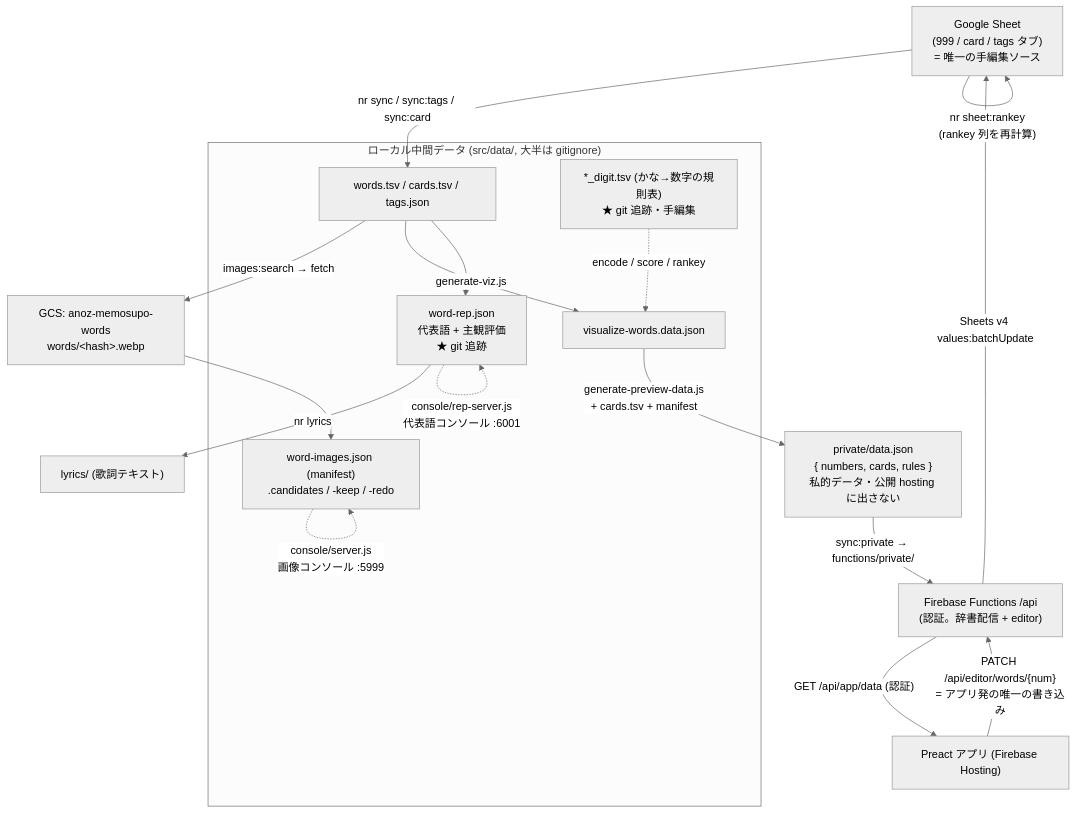
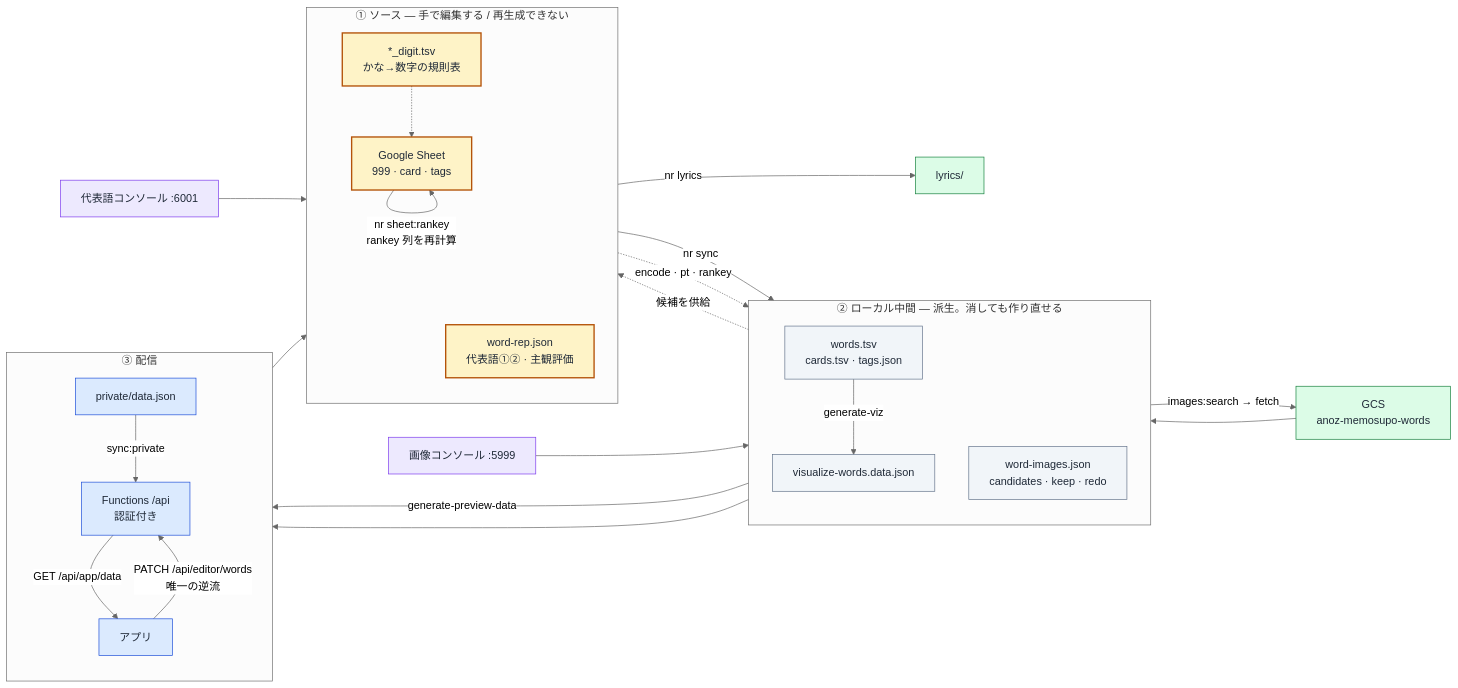
One commit to elzup/999 changed the diagram in docs/data-flow.md. Above: the diagram before and after it, drawn with Mermaid (neutral theme). The commit also changed other lines of this file, not shown here.

Commit message:
docs: データフロー図を3グループ構成に整理
縦(TD)から横(LR)にして ソース→中間→配信 の一方向を左から右に読めるようにし、
色分けを追加した。代表語コンソール・画像コンソールを図に載せ、word-rep.json を
誰が書くのかが図から読めるようにした。実線=物が流れる / 点線=値を供給するが
物としては流れない、で線種を使い分けている (規則表は words.tsv を書き換えず
解釈の仕方だけを決める)。

````diff
--- a/docs/data-flow.md
+++ b/docs/data-flow.md
@@ -14,34 +14,56 @@
 ```mermaid
-flowchart TD
-  Sheet["Google Sheet<br/>(999 / card / tags タブ)<br/>= 唯一の手編集ソース"]
-
-  subgraph local["ローカル中間データ (src/data/, 大半は gitignore)"]
-    tsv["words.tsv / cards.tsv / tags.json"]
-    rules["*_digit.tsv (かな→数字の規則表)<br/>★ git 追跡・手編集"]
-    rep["word-rep.json<br/>代表語 + 主観評価<br/>★ git 追跡"]
-    imgstate["word-images.json (manifest)<br/>.candidates / -keep / -redo"]
-    vizjson["visualize-words.data.json"]
+flowchart LR
+  subgraph SRC["① ソース — 手で編集する / 再生成できない"]
+    direction TB
+    Sheet["Google Sheet<br/>999 · card · tags"]
+    Rules["*_digit.tsv<br/>かな→数字の規則表"]
+    Rep["word-rep.json<br/>代表語①② · 主観評価"]
   end
 
-  GCS["GCS: anoz-memosupo-words<br/>words/&lt;hash&gt;.webp"]
-  priv["private/data.json<br/>{ numbers, cards, rules }<br/>私的データ・公開 hosting に出さない"]
-  App["Preact アプリ (Firebase Hosting)"]
-  API["Firebase Functions /api<br/>(認証。辞書配信 + editor)"]
-  Lyr["lyrics/ (歌詞テキスト)"]
+  subgraph MID["② ローカル中間 — 派生。消しても作り直せる"]
+    direction TB
+    Tsv["words.tsv<br/>cards.tsv · tags.json"]
+    Viz["visualize-words.data.json"]
+    Img["word-images.json<br/>candidates · keep · redo"]
+  end
 
-  Sheet -- "nr sync / sync:tags / sync:card" --> tsv
-  tsv -- "images:search → fetch" --> GCS
-  GCS --> imgstate
-  rules -. "encode / score / rankey" .-> vizjson
-  tsv -- "generate-viz.js" --> vizjson
-  vizjson -- "generate-preview-data.js<br/>+ cards.tsv + manifest" --> priv
-  priv -- "sync:private → functions/private/" --> API
-  API -- "GET /api/app/data (認証)" --> App
-  App -- "PATCH /api/editor/words/{num}<br/>= アプリ発の唯一の書き込み" --> API
-  API -- "Sheets v4 values:batchUpdate" --> Sheet
-  Sheet -- "nr sheet:rankey<br/>(rankey 列を再計算)" --> Sheet
-  tsv --> rep
-  rep -- "nr lyrics" --> Lyr
-  rep -. "console/rep-server.js<br/>代表語コンソール :6001" .-> rep
-  imgstate -. "console/server.js<br/>画像コンソール :5999" .-> imgstate
+  subgraph OUT["③ 配信"]
+    direction TB
+    Priv["private/data.json"]
+    Fn["Functions /api<br/>認証付き"]
+    App["アプリ"]
+  end
+
+  GCS["GCS<br/>anoz-memosupo-words"]
+  Lyr["lyrics/"]
+
+  Sheet -->|"nr sync"| Tsv
+  Tsv -->|"generate-viz"| Viz
+  Rules -.->|"encode · pt · rankey"| Viz
+  Rules -.-> Sheet
+  Viz -->|"generate-preview-data"| Priv
+  Img --> Priv
+  Priv -->|"sync:private"| Fn
+  Fn -->|"GET /api/app/data"| App
+  App -->|"PATCH /api/editor/words<br/>唯一の逆流"| Fn
+  Fn --> Sheet
+  Sheet -->|"nr sheet:rankey<br/>rankey 列を再計算"| Sheet
+  Tsv -->|"images:search → fetch"| GCS
+  GCS --> Img
+  Tsv -.->|"候補を供給"| Rep
+  Rep -->|"nr lyrics"| Lyr
+
+  RepUI["代表語コンソール :6001"] --> Rep
+  ImgUI["画像コンソール :5999"] --> Img
+
+  classDef src fill:#fef3c7,stroke:#b45309,stroke-width:2px,color:#1f2937
+  classDef mid fill:#f1f5f9,stroke:#64748b,color:#1f2937
+  classDef out fill:#dbeafe,stroke:#1d4ed8,color:#1f2937
+  classDef ui fill:#ede9fe,stroke:#7c3aed,color:#1f2937
+  classDef ext fill:#dcfce7,stroke:#15803d,color:#1f2937
+  class Sheet,Rules,Rep src
+  class Tsv,Viz,Img mid
+  class Priv,Fn,App out
+  class RepUI,ImgUI ui
+  class GCS,Lyr ext
 ```
````
